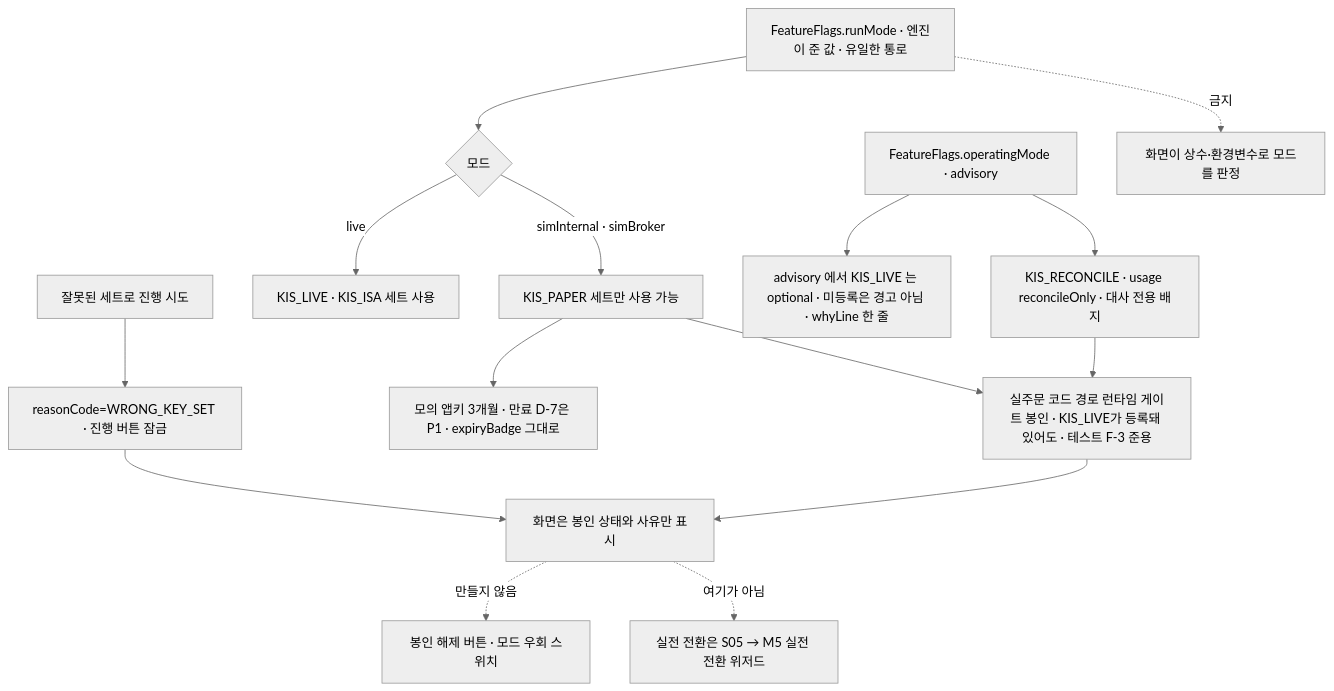
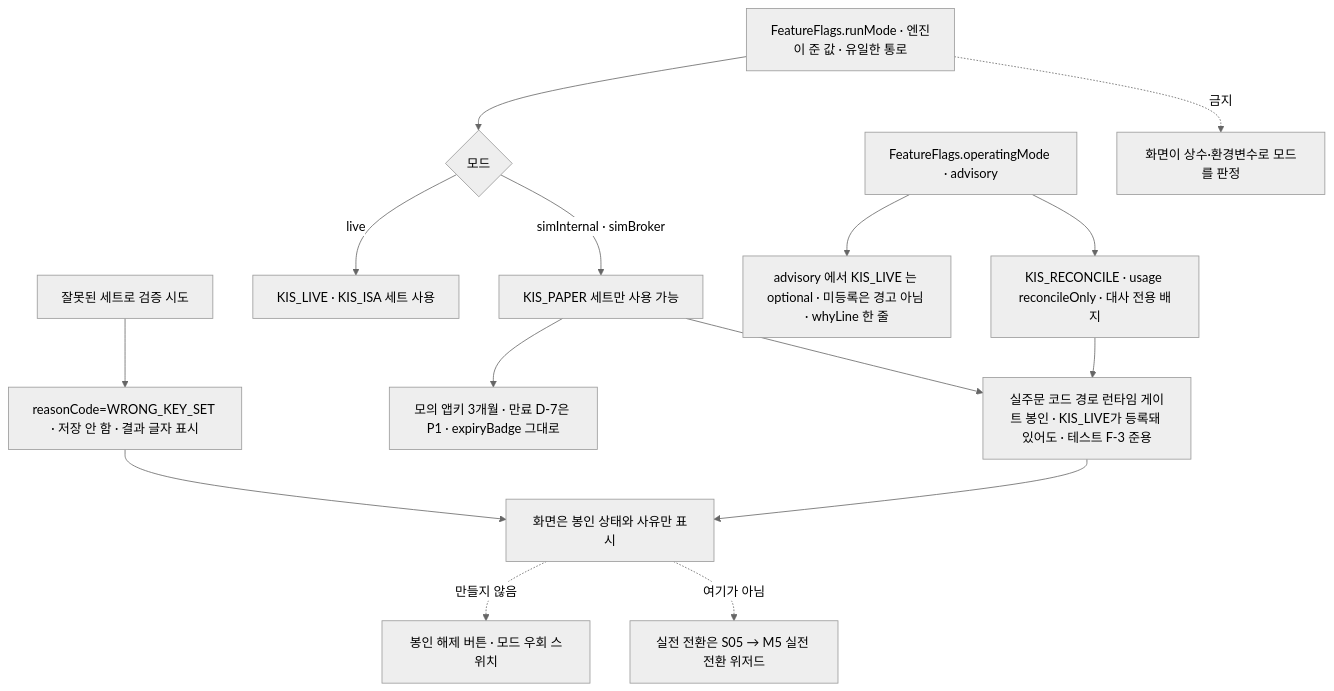
One commit to billybeom/AutoAlphaQuant changed the seventh of 24 diagrams in docs/ai-context/05_화면명세_M9_설정_관리자.md. Above: the diagram before and after it, drawn with Mermaid (neutral theme). The commit also changed other lines of this file and 3 other files, not shown here.

````diff
--- a/docs/ai-context/05_화면명세_M9_설정_관리자.md
+++ b/docs/ai-context/05_화면명세_M9_설정_관리자.md
@@ -293,17 +294,17 @@
 ```mermaid
 flowchart TD
   MODE["FeatureFlags.runMode · 엔진이 준 값 · 유일한 통로"] --> Q{"모드"}
   Q -->|"simInternal · simBroker"| PAPER["KIS_PAPER 세트만 사용 가능"]
   Q -->|"live"| REAL["KIS_LIVE · KIS_ISA 세트 사용"]
   OM["FeatureFlags.operatingMode · advisory"] --> REC["KIS_RECONCILE · usage reconcileOnly · 대사 전용 배지"]
   OM --> OPT["advisory 에서 KIS_LIVE 는 optional · 미등록은 경고 아님 · whyLine 한 줄"]
   REC --> SEAL
   PAPER --> SEAL["실주문 코드 경로 런타임 게이트 봉인 · KIS_LIVE가 등록돼 있어도 · 테스트 F-3 준용"]
   SEAL --> SHOW["화면은 봉인 상태와 사유만 표시"]
   PAPER --> EXP["모의 앱키 3개월 · 만료 D-7은 P1 · expiryBadge 그대로"]
-  WRONG["잘못된 세트로 진행 시도"] --> RC["reasonCode=WRONG_KEY_SET · 진행 버튼 잠금"]
+  WRONG["잘못된 세트로 검증 시도"] --> RC["reasonCode=WRONG_KEY_SET · 저장 안 함 · 결과 글자 표시"]
   RC --> SHOW
   SHOW -.->|"만들지 않음"| UNSEAL["봉인 해제 버튼 · 모드 우회 스위치"]
   SHOW -.->|"여기가 아님"| M5["실전 전환은 S05 → M5 실전 전환 위저드"]
   MODE -.->|"금지"| CONST["화면이 상수·환경변수로 모드를 판정"]
 ```
````
